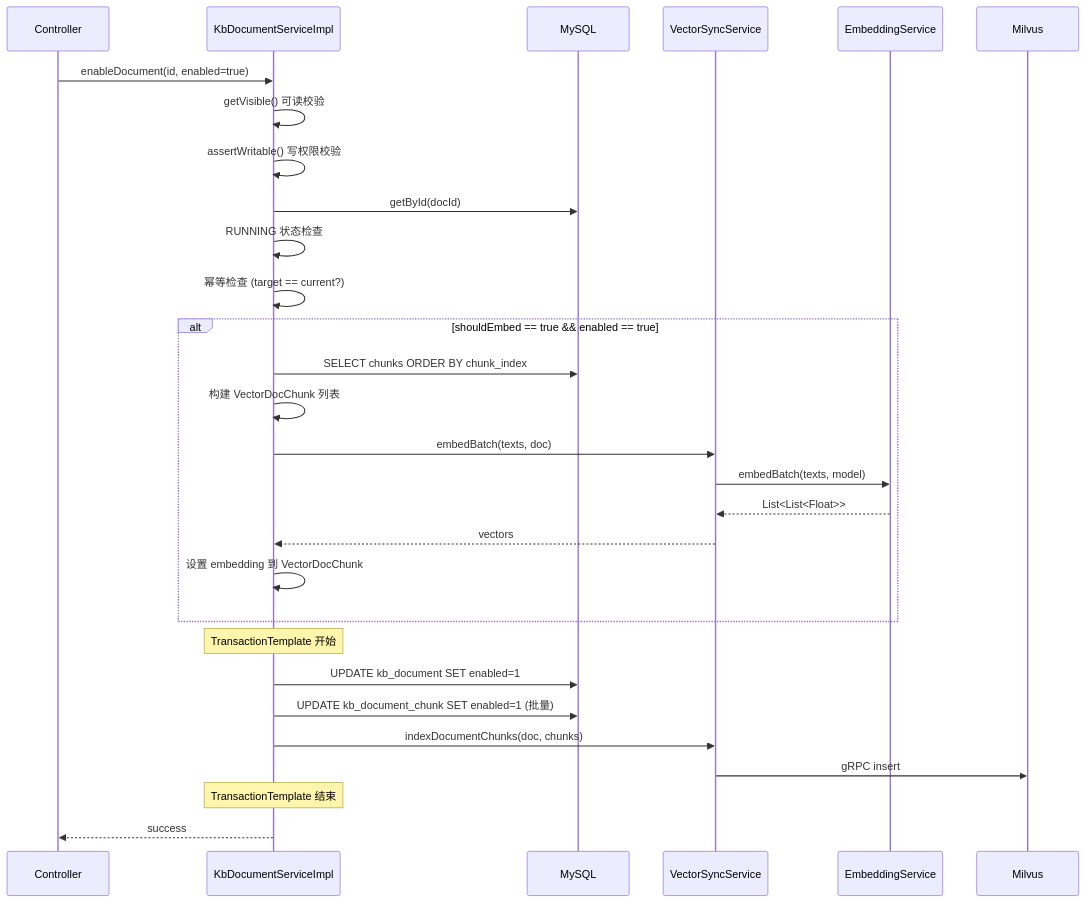
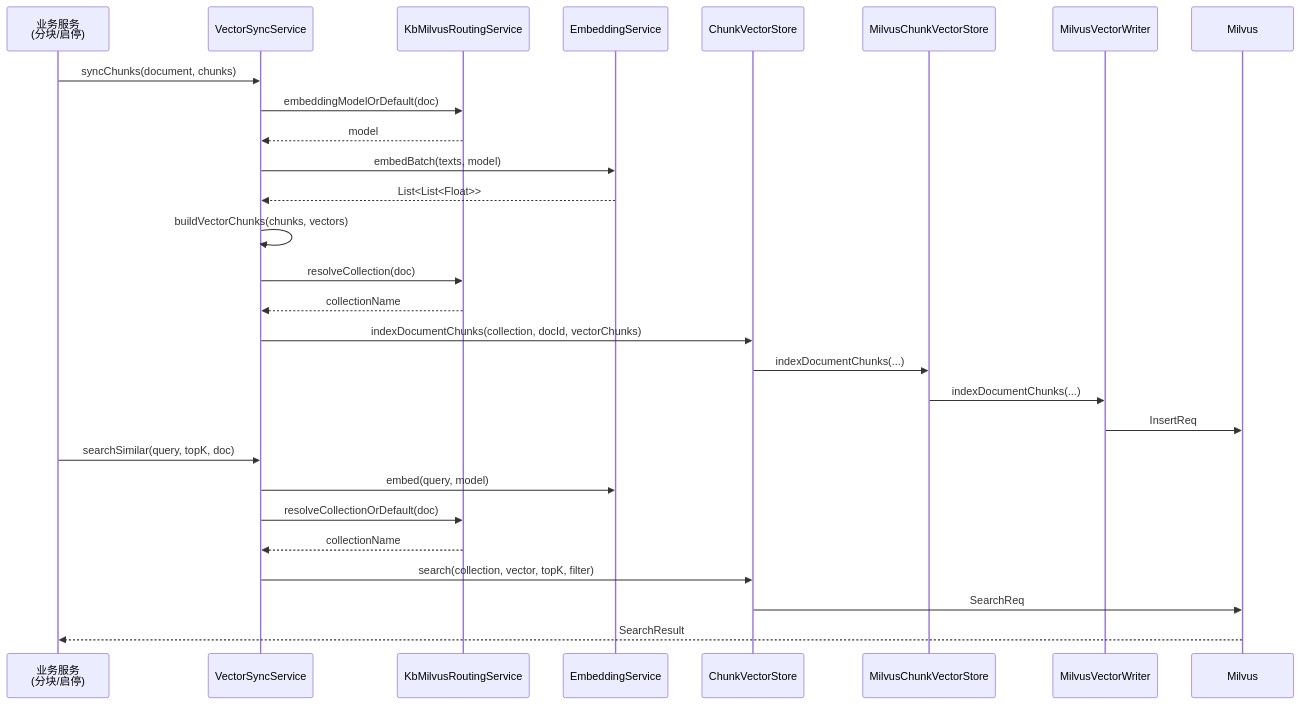
The ninth of 17 diagrams in docs/knowledge-service-code-analysis.md (ZjlShenshiqing/EnterpriseKnowledgeWorkspace), drawn with Mermaid before and after one commit. The commit also changed other lines of this file and 26 other files, not shown here.

````diff
--- a/docs/knowledge-service-code-analysis.md
+++ b/docs/knowledge-service-code-analysis.md
@@ -2051,34 +677,32 @@
 ```mermaid
 sequenceDiagram
-    participant CTL as Controller
-    participant SVC as KbDocumentServiceImpl
-    participant DB as MySQL
-    participant VEC as VectorSyncService
-    participant EMB as EmbeddingService
+    participant S as 业务服务<br/>(分块/启停)
+    participant V as VectorSyncService
+    participant R as KbMilvusRoutingService
+    participant E as EmbeddingService
+    participant C as ChunkVectorStore
+    participant M as MilvusChunkVectorStore
+    participant W as MilvusVectorWriter
     participant MIL as Milvus
 
-    CTL->>SVC: enableDocument(id, enabled=true)
-    SVC->>SVC: getVisible() 可读校验
-    SVC->>SVC: assertWritable() 写权限校验
-    SVC->>DB: getById(docId)
-    SVC->>SVC: RUNNING 状态检查
-    SVC->>SVC: 幂等检查 (target == current?)
+    S->>V: syncChunks(document, chunks)
+    V->>R: embeddingModelOrDefault(doc)
+    R-->>V: model
+    V->>E: embedBatch(texts, model)
+    E-->>V: List<List<Float>>
+    V->>V: buildVectorChunks(chunks, vectors)
+    V->>R: resolveCollection(doc)
+    R-->>V: collectionName
+    V->>C: indexDocumentChunks(collection, docId, vectorChunks)
+    C->>M: indexDocumentChunks(...)
+    M->>W: indexDocumentChunks(...)
+    W->>MIL: InsertReq
 
-    alt shouldEmbed == true && enabled == true
-        SVC->>DB: SELECT chunks ORDER BY chunk_index
-        SVC->>SVC: 构建 VectorDocChunk 列表
-        SVC->>VEC: embedBatch(texts, doc)
-        VEC->>EMB: embedBatch(texts, model)
-        EMB-->>VEC: List<List<Float>>
-        VEC-->>SVC: vectors
-        SVC->>SVC: 设置 embedding 到 VectorDocChunk
-    end
-
-    Note over SVC: TransactionTemplate 开始
-    SVC->>DB: UPDATE kb_document SET enabled=1
-    SVC->>DB: UPDATE kb_document_chunk SET enabled=1 (批量)
-    SVC->>VEC: indexDocumentChunks(doc, chunks)
-    VEC->>MIL: gRPC insert
-    Note over SVC: TransactionTemplate 结束
-    SVC-->>CTL: success
+    S->>V: searchSimilar(query, topK, doc)
+    V->>E: embed(query, model)
+    V->>R: resolveCollectionOrDefault(doc)
+    R-->>V: collectionName
+    V->>C: search(collection, vector, topK, filter)
+    C->>MIL: SearchReq
+    MIL-->>S: SearchResult
 ```
````
